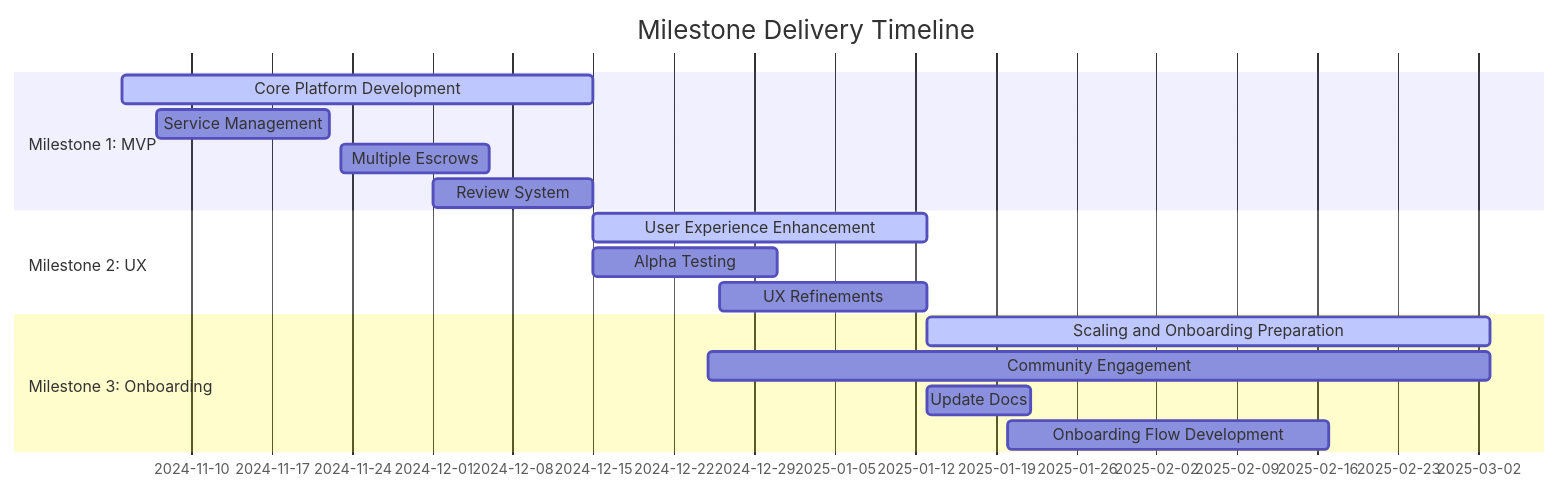
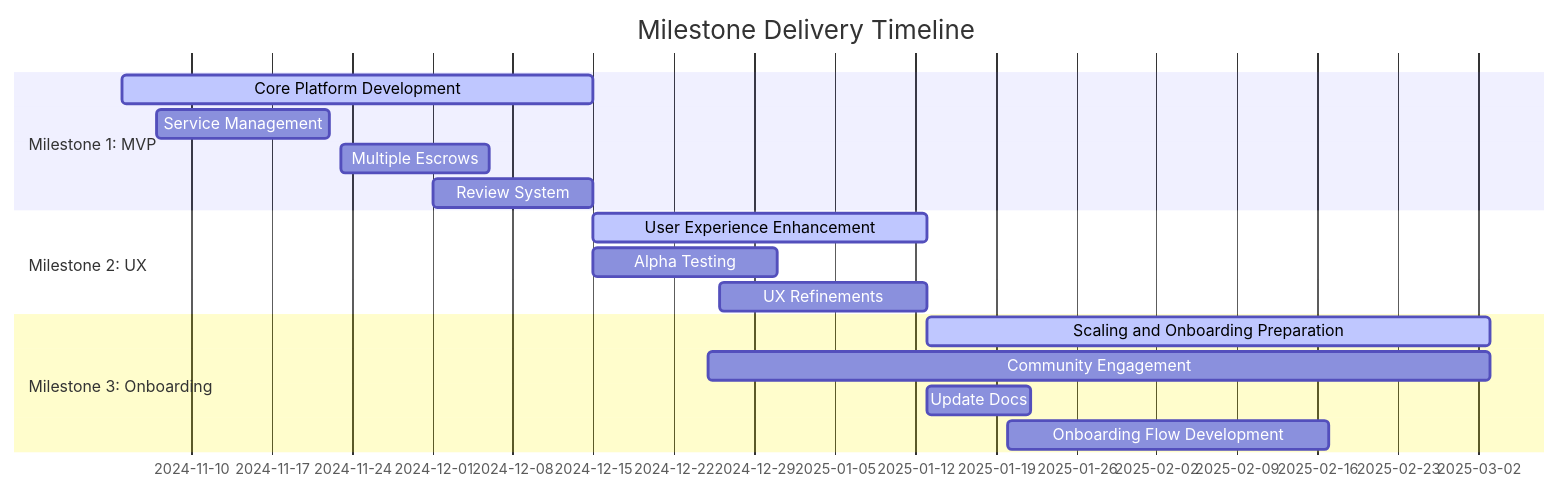
Before and after one commit to Gigentic/gigentic-frontend: the first of 4 diagrams in notes/ST-DE-Grant-2024/ST-DE-grant-completion-report.md, drawn with Mermaid. The commit also changed other lines of this file, not shown here.

````diff
--- a/notes/ST-DE-Grant-2024/ST-DE-grant-completion-report.md
+++ b/notes/ST-DE-Grant-2024/ST-DE-grant-completion-report.md
@@ -11,24 +11,22 @@
 ```mermaid
 gantt
     dateFormat  YYYY-MM-DD
     title Milestone Delivery Timeline
-
-    %%{ init: { 'theme': 'default', 'themeVariables': { 'background': '#ffffff', 'primaryColor': '#9cb5f2', 'secondaryColor': '#e0e0e0', 'tertiaryColor': '#f8f8f8', 'primaryTextColor': '#333', 'lineColor': '#666', 'mainBkg': '#ffffff', 'taskTextColor': '#333', 'taskTextDarkColor': '#333', 'taskTextOutsideColor': '#333' } } }%%
 
     section Milestone 1: MVP
     Core Platform Development       : active, 2024-11-04, 2024-12-15
     Service Management              : 2024-11-07, 2024-11-22
     Multiple Escrows                : 2024-11-23, 2024-12-06
     Review System                   : 2024-12-01, 2024-12-15
 
     section Milestone 2: UX
     User Experience Enhancement     : active, 2024-12-15, 2025-01-13
     Alpha Testing                    : 2024-12-15, 2024-12-31
     UX Refinements                  : 2024-12-26, 2025-01-13
 
     section Milestone 3: Onboarding
     Scaling and Onboarding Preparation : active, 2025-01-13, 2025-03-03
     Community Engagement               : 2024-12-25, 2025-03-03
     Update Docs                        : 2025-01-13, 2025-01-22
     Onboarding Flow Development        : 2025-01-20, 2025-02-17
 ```
````
